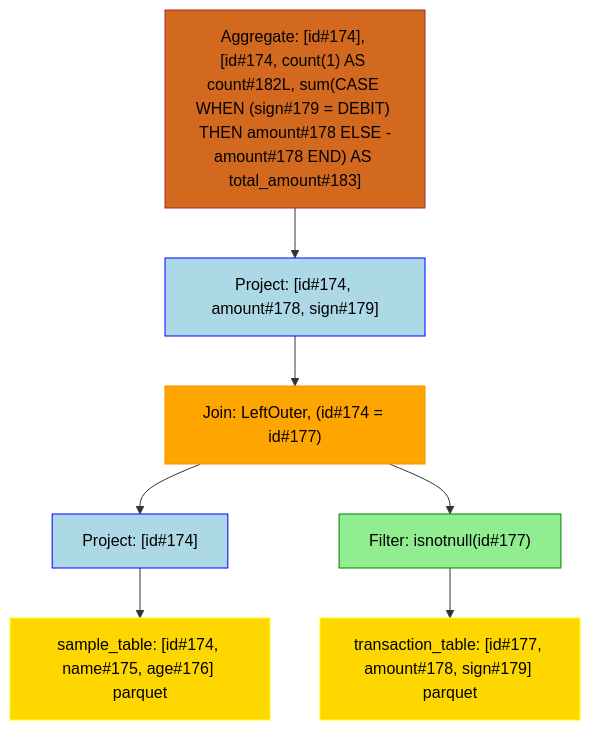
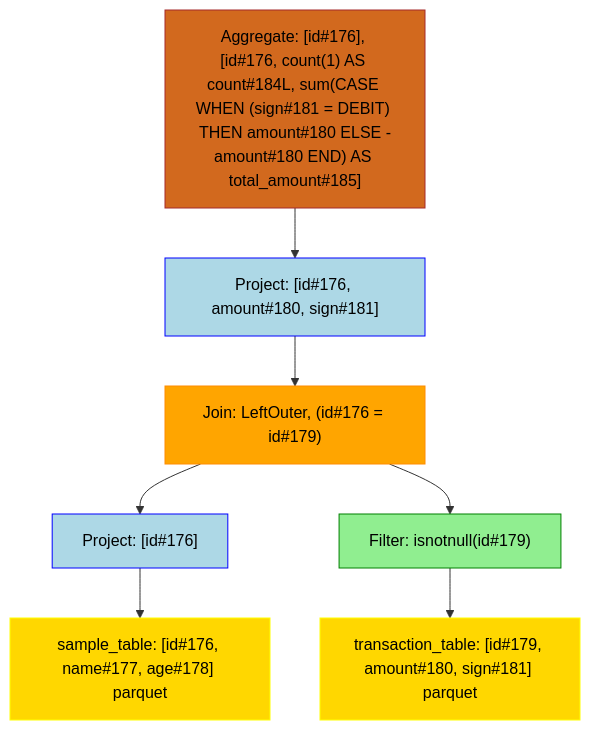
Before and after one commit to NielkNetraam/explainalyzed: the diagram in data/visualization/aggregation_3.mmd, drawn with Mermaid. The commit also changed 54 other files, not shown here.

```diff
--- a/data/visualization/aggregation_3.mmd
+++ b/data/visualization/aggregation_3.mmd
@@ -1,23 +1,23 @@
 flowchart TD
     classDef PROJECT stroke:Blue,fill:LightBlue,color:black
     classDef FILTER stroke:Green,fill:LightGreen,color:black
     classDef UNION stroke:Purple,fill:Violet,color:black
     classDef JOIN stroke:DarkOrange,fill:Orange,color:black
     classDef RELATION stroke:Yellow,fill:Gold,color:black
     classDef AGGREGATE stroke:Brown,fill:Chocolate,color:black
     classDef WINDOW stroke:Aqua,fill:Cyan,color:black
 
-    Aggregate#1["Aggregate: [id#174], [id#174, count(1) AS count#182L, sum(CASE WHEN (sign#179 = DEBIT) THEN amount#178 ELSE -amount#178 END) AS total_amount#183]"]:::AGGREGATE
-    Project#11["Project: [id#174, amount#178, sign#179]"]:::PROJECT
-    Join#111["Join: LeftOuter, (id#174 = id#177)"]:::JOIN
-    Project#1111["Project: [id#174]"]:::PROJECT
-    Relation#11111["sample_table: [id#174, name#175, age#176] parquet"]:::RELATION
-    Filter#1112["Filter: isnotnull(id#177)"]:::FILTER
-    Relation#11121["transaction_table: [id#177, amount#178, sign#179] parquet"]:::RELATION
+    Aggregate#00001["Aggregate: [id#176], [id#176, count(1) AS count#184L, sum(CASE WHEN (sign#181 = DEBIT) THEN amount#180 ELSE -amount#180 END) AS total_amount#185]"]:::AGGREGATE
+    Project#00002["Project: [id#176, amount#180, sign#181]"]:::PROJECT
+    Join#00003["Join: LeftOuter, (id#176 = id#179)"]:::JOIN
+    Project#00004["Project: [id#176]"]:::PROJECT
+    Relation#00005["sample_table: [id#176, name#177, age#178] parquet"]:::RELATION
+    Filter#00006["Filter: isnotnull(id#179)"]:::FILTER
+    Relation#00007["transaction_table: [id#179, amount#180, sign#181] parquet"]:::RELATION
 
-    Aggregate#1 --> Project#11
-        Project#11 --> Join#111
-            Join#111 --> Project#1111
-                Project#1111 --> Relation#11111
-            Join#111 --> Filter#1112
-                Filter#1112 --> Relation#11121
+    Aggregate#00001 --> Project#00002
+        Project#00002 --> Join#00003
+            Join#00003 --> Project#00004
+                Project#00004 --> Relation#00005
+            Join#00003 --> Filter#00006
+                Filter#00006 --> Relation#00007
```
